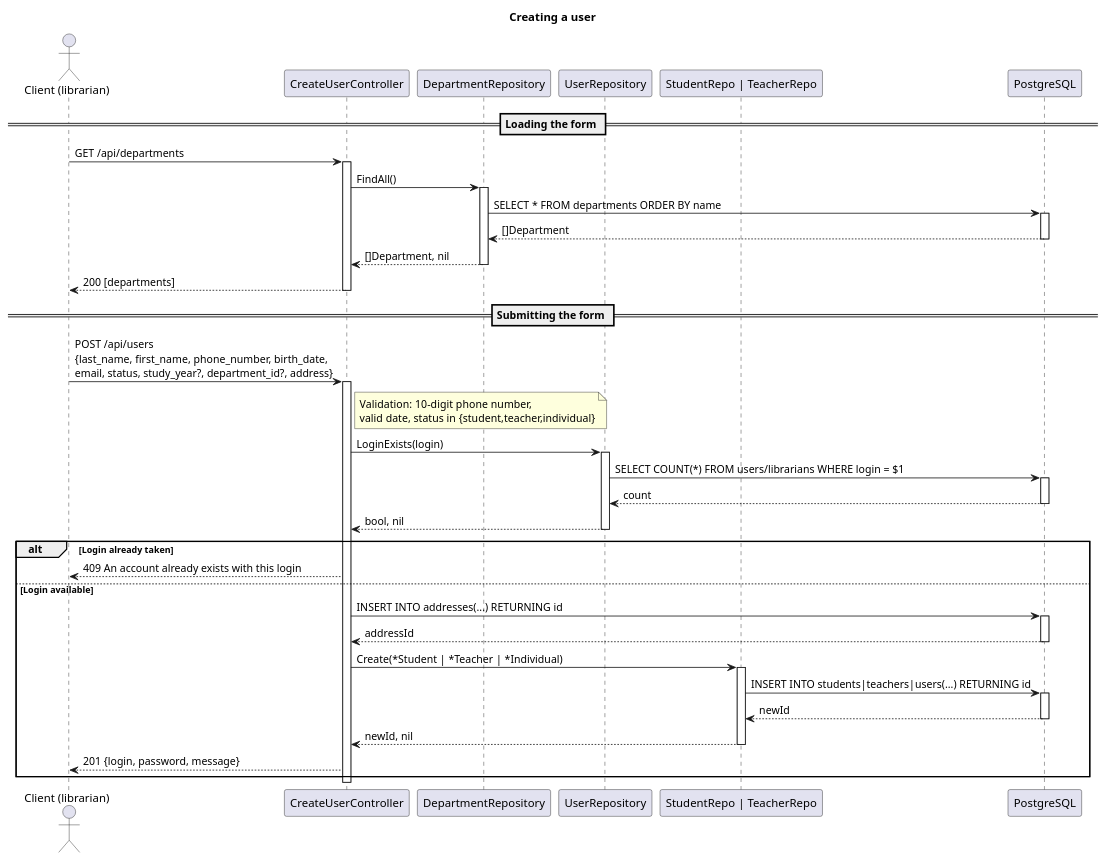
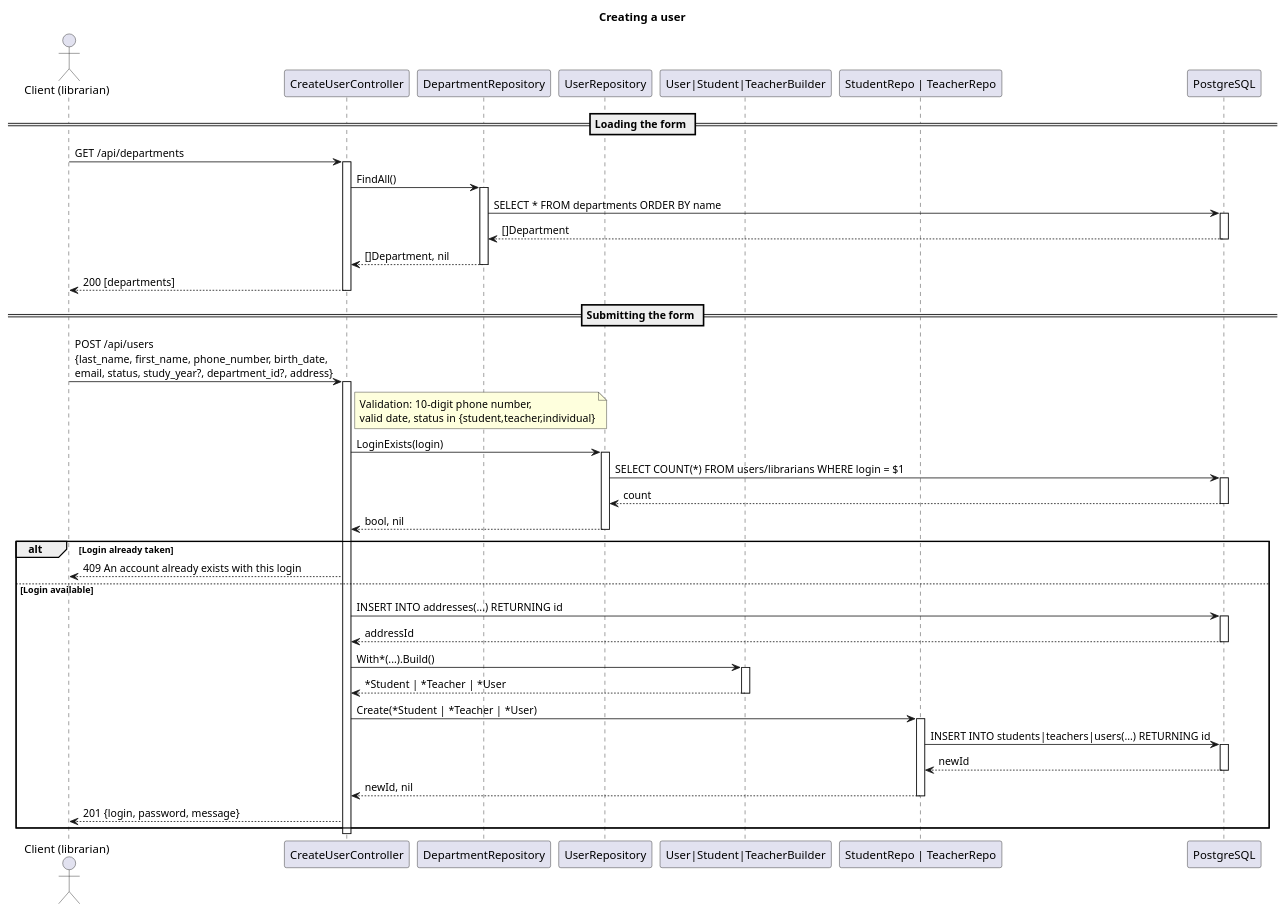
The diagram in back/diagrams/05_create_user.puml (linlin56/library), drawn with PlantUML before and after one commit. The commit also changed 11 other files, not shown here.

```diff
--- a/back/diagrams/05_create_user.puml
+++ b/back/diagrams/05_create_user.puml
@@ -1,57 +1,62 @@
 @startuml
 title Creating a user
 
 actor "Client (librarian)" as C
 participant "CreateUserController" as CTL
 participant "DepartmentRepository" as DR
 participant "UserRepository" as UR
+participant "User|Student|TeacherBuilder" as BLD
 participant "StudentRepo | TeacherRepo" as SR
 participant "PostgreSQL" as DB
 
 == Loading the form ==
 C -> CTL : GET /api/departments
 activate CTL
 CTL -> DR : FindAll()
 activate DR
 DR -> DB : SELECT * FROM departments ORDER BY name
 activate DB
 DB --> DR : []Department
 deactivate DB
 DR --> CTL : []Department, nil
 deactivate DR
 CTL --> C : 200 [departments]
 deactivate CTL
 
 == Submitting the form ==
 C -> CTL : POST /api/users\n{last_name, first_name, phone_number, birth_date,\nemail, status, study_year?, department_id?, address}
 activate CTL
 note right of CTL : Validation: 10-digit phone number,\nvalid date, status in {student,teacher,individual}
 
 CTL -> UR : LoginExists(login)
 activate UR
 UR -> DB : SELECT COUNT(*) FROM users/librarians WHERE login = $1
 activate DB
 DB --> UR : count
 deactivate DB
 UR --> CTL : bool, nil
 deactivate UR
 
 alt Login already taken
 CTL --> C : 409 An account already exists with this login
 else Login available
 CTL -> DB : INSERT INTO addresses(...) RETURNING id
 activate DB
 DB --> CTL : addressId
 deactivate DB
-CTL -> SR : Create(*Student | *Teacher | *Individual)
+CTL -> BLD : With*(...).Build()
+activate BLD
+BLD --> CTL : *Student | *Teacher | *User
+deactivate BLD
+CTL -> SR : Create(*Student | *Teacher | *User)
 activate SR
 SR -> DB : INSERT INTO students|teachers|users(...) RETURNING id
 activate DB
 DB --> SR : newId
 deactivate DB
 SR --> CTL : newId, nil
 deactivate SR
 CTL --> C : 201 {login, password, message}
 end
 deactivate CTL
 @enduml
```
